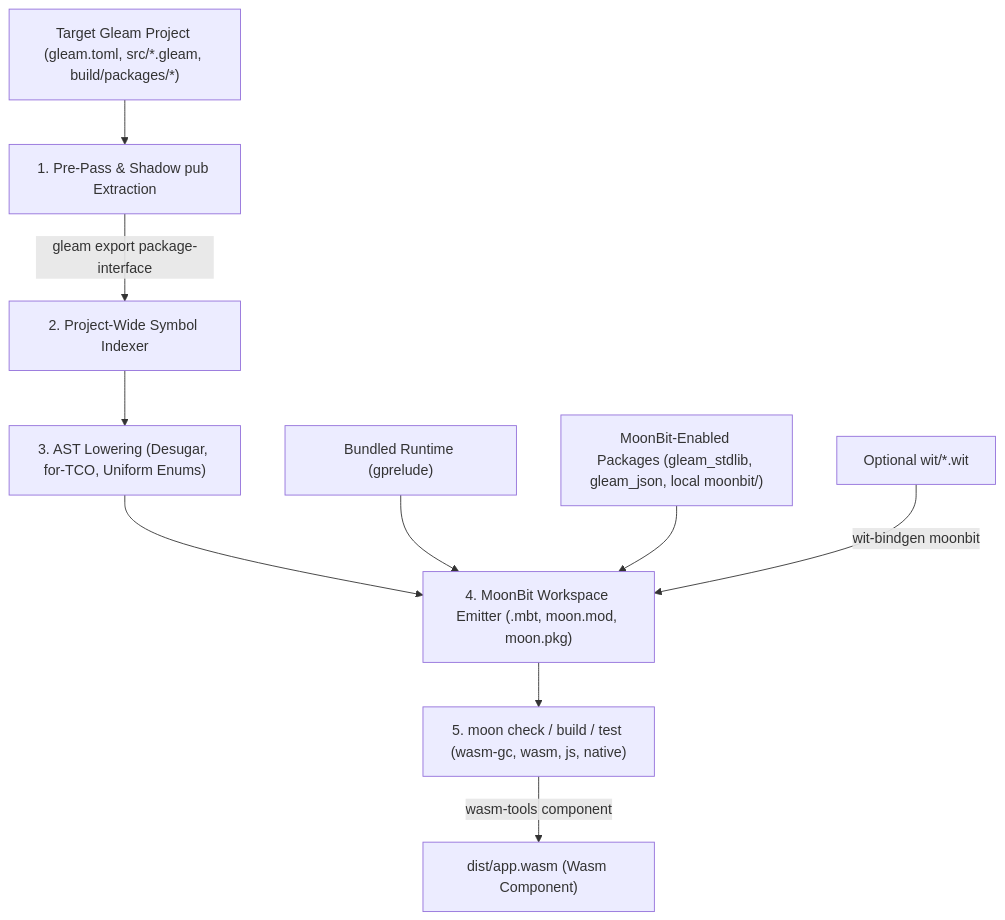
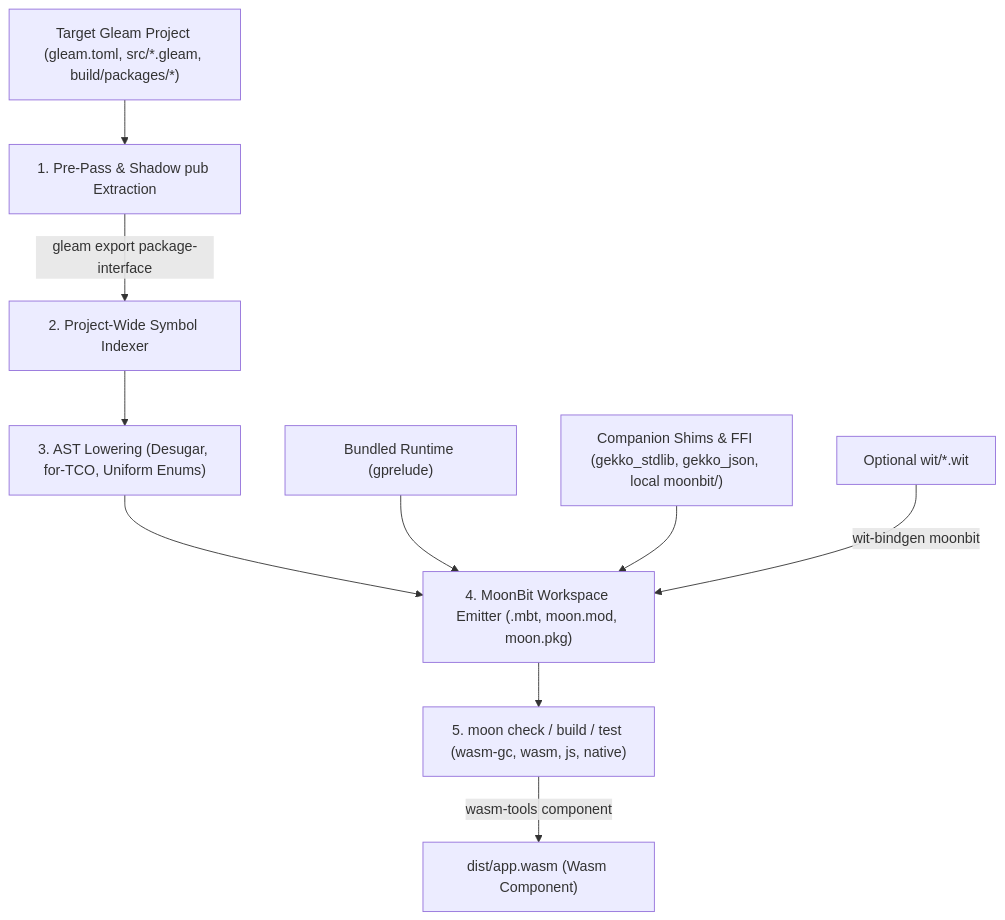
Before and after one commit to gudetimes1234/gekko: the diagram in README.md, drawn with Mermaid. The commit also changed other lines of this file and 6 other files, not shown here.

Commit message:
feat: switch scaffold, docs, and ecosystem tests to gekko_stdlib and gekko_json shims

````diff
--- a/README.md
+++ b/README.md
@@ -23,12 +23,12 @@
 ```mermaid
 flowchart TD
     src["Target Gleam Project (gleam.toml, src/*.gleam, build/packages/*)"] --> prepass["1. Pre-Pass & Shadow pub Extraction"]
     prepass -->|"gleam export package-interface"| index["2. Project-Wide Symbol Indexer"]
     index --> lower["3. AST Lowering (Desugar, for-TCO, Uniform Enums)"]
     lower --> emit["4. MoonBit Workspace Emitter (.mbt, moon.mod, moon.pkg)"]
     runtime["Bundled Runtime (gprelude)"] --> emit
-    pkgs["MoonBit-Enabled Packages (gleam_stdlib, gleam_json, local moonbit/)"] --> emit
+    pkgs["Companion Shims & FFI (gekko_stdlib, gekko_json, local moonbit/)"] --> emit
     emit --> moon["5. moon check / build / test (wasm-gc, wasm, js, native)"]
     wit["Optional wit/*.wit"] -->|"wit-bindgen moonbit"| emit
     moon -->|"wasm-tools component"| comp["dist/app.wasm (Wasm Component)"]
 ```
````
